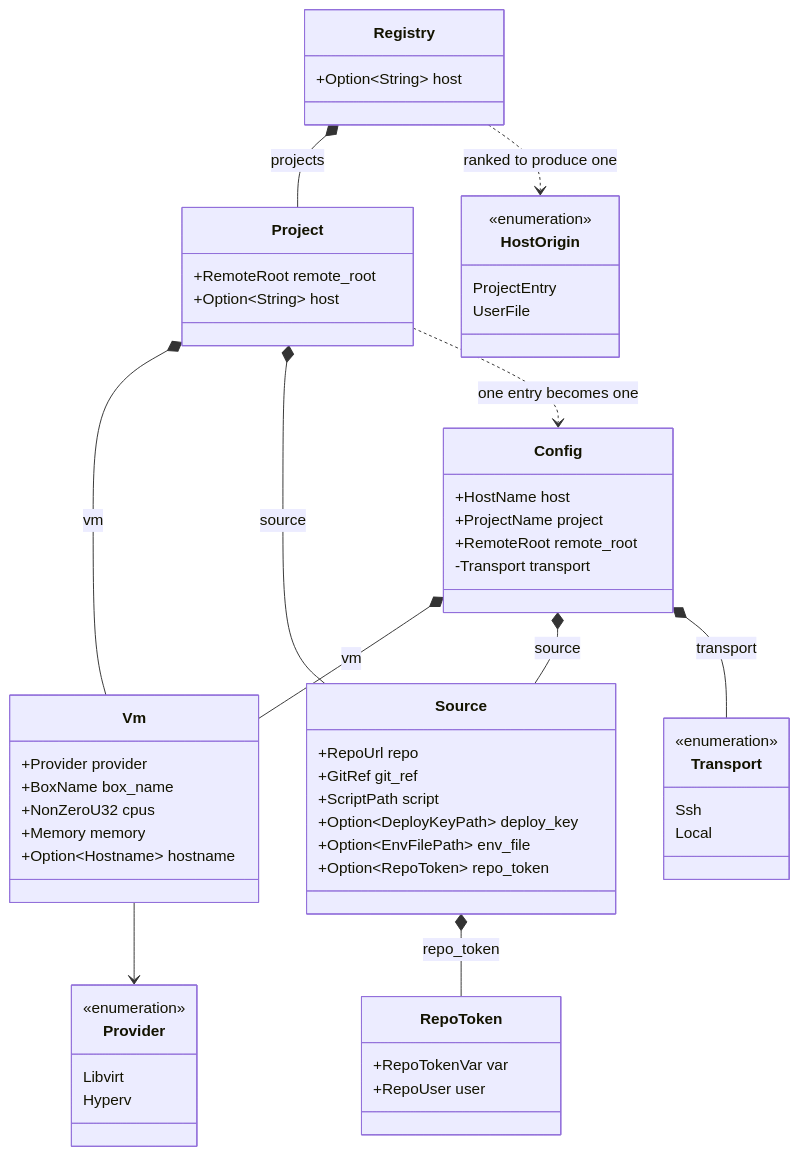
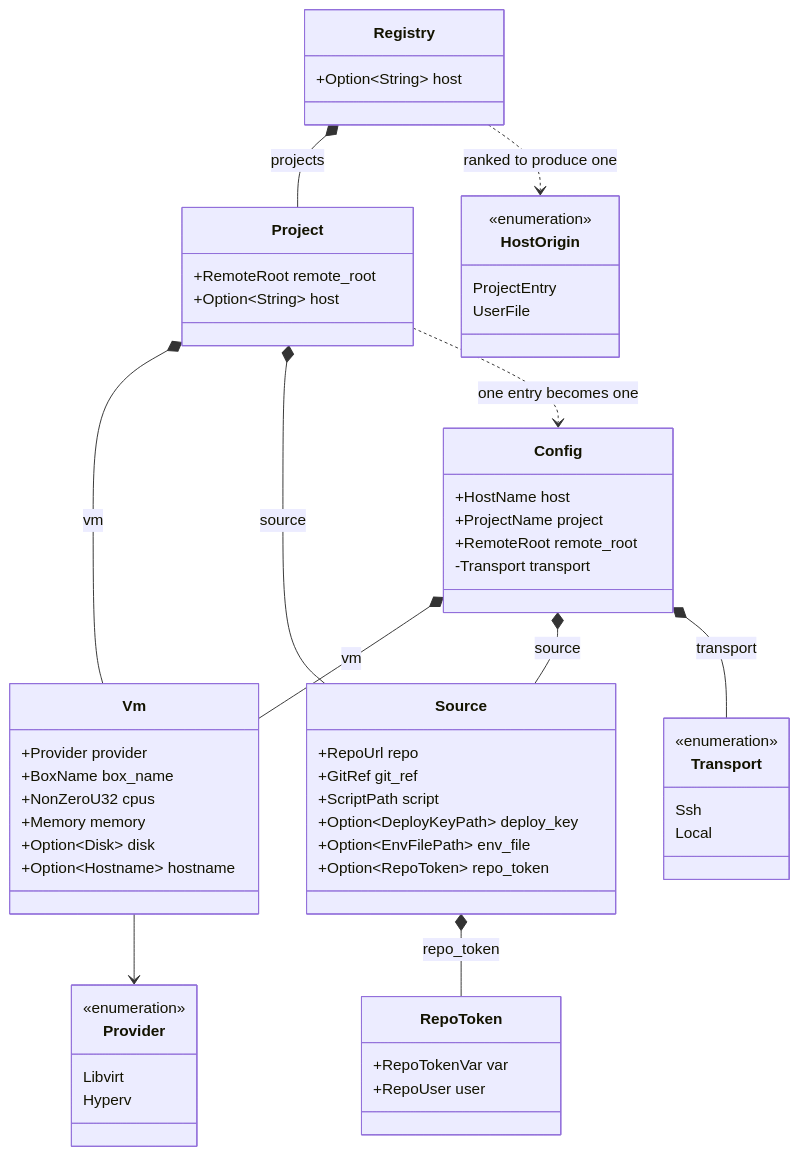
Before and after one commit to breki/bombyx: the third of 6 diagrams in docs/architecture.md, drawn with Mermaid. The commit also changed 5 other files, not shown here.

````diff
--- a/docs/architecture.md
+++ b/docs/architecture.md
@@ -145,61 +145,62 @@
 ```mermaid
 classDiagram
   class Config {
     +HostName host
     +ProjectName project
     +RemoteRoot remote_root
     -Transport transport
   }
   class Vm {
     +Provider provider
     +BoxName box_name
     +NonZeroU32 cpus
     +Memory memory
+    +Option~Disk~ disk
     +Option~Hostname~ hostname
   }
   class Source {
     +RepoUrl repo
     +GitRef git_ref
     +ScriptPath script
     +Option~DeployKeyPath~ deploy_key
     +Option~EnvFilePath~ env_file
     +Option~RepoToken~ repo_token
   }
   class RepoToken {
     +RepoTokenVar var
     +RepoUser user
   }
   class Provider {
     <<enumeration>>
     Libvirt
     Hyperv
   }
   class Registry {
     +Option~String~ host
   }
   class Project {
     +RemoteRoot remote_root
     +Option~String~ host
   }
   class HostOrigin {
     <<enumeration>>
     ProjectEntry
     UserFile
   }
   class Transport {
     <<enumeration>>
     Ssh
     Local
   }
 
   Config *-- Vm : vm
   Config *-- Source : source
   Config *-- Transport : transport
   Registry *-- Project : projects
   Project *-- Vm : vm
   Project *-- Source : source
   Project ..> Config : one entry becomes one
   Vm --> Provider
   Source *-- RepoToken : repo_token
   Registry ..> HostOrigin : ranked to produce one
 ```
````
